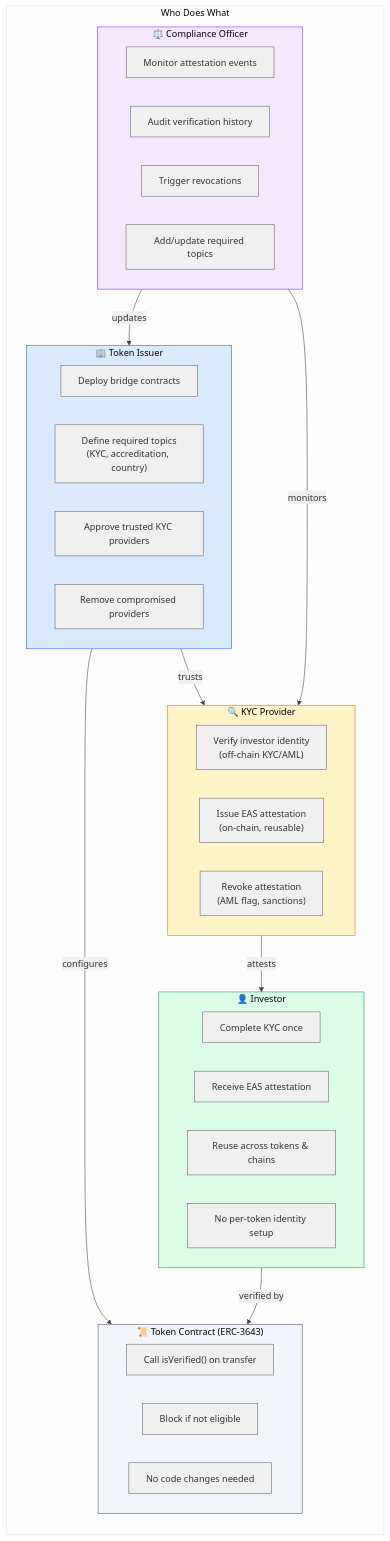
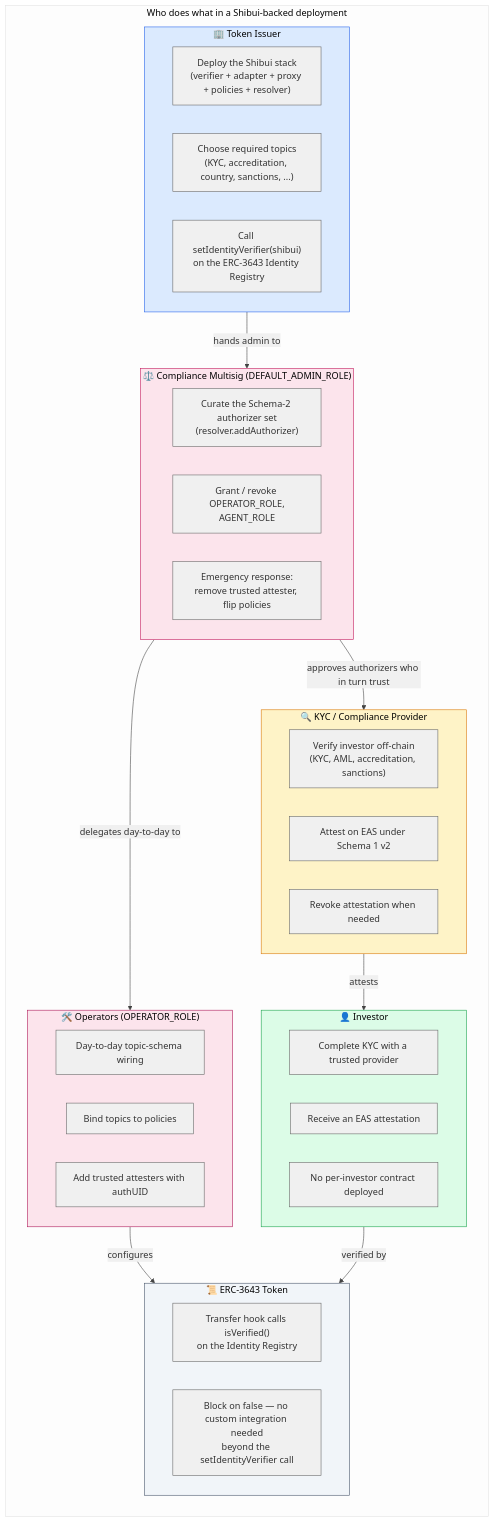
One commit to EntEthAlliance/rnd-rwa-erc3643-eas changed the diagram in diagrams/stakeholder-interactions.mmd. Above: the diagram before and after it, drawn with Mermaid. The commit also changed 12 other files, not shown here.

First line of the commit message:
docs(diagrams): refresh to match v0.4 architecture

```diff
--- a/diagrams/stakeholder-interactions.mmd
+++ b/diagrams/stakeholder-interactions.mmd
@@ -1,51 +1,54 @@
 %%{init: {'theme': 'base', 'themeVariables': { 'primaryColor': '#f0f0f0', 'primaryTextColor': '#333', 'primaryBorderColor': '#666', 'lineColor': '#444'}}}%%
 flowchart TB
-    subgraph Stakeholders["Who Does What"]
+    subgraph Stakeholders["Who does what in a Shibui-backed deployment"]
         direction TB
 
-        subgraph Issuer["🏢 Token Issuer"]
-            I1["Deploy bridge contracts"]
-            I2["Define required topics<br/>(KYC, accreditation, country)"]
-            I3["Approve trusted KYC providers"]
-            I4["Remove compromised providers"]
+        subgraph IssuerOrg["🏢 Token Issuer"]
+            I1["Deploy the Shibui stack<br/>(verifier + adapter + proxy + policies + resolver)"]
+            I2["Choose required topics<br/>(KYC, accreditation, country, sanctions, ...)"]
+            I3["Call setIdentityVerifier(shibui)<br/>on the ERC-3643 Identity Registry"]
         end
 
-        subgraph KYCProvider["🔍 KYC Provider"]
-            K1["Verify investor identity<br/>(off-chain KYC/AML)"]
-            K2["Issue EAS attestation<br/>(on-chain, reusable)"]
-            K3["Revoke attestation<br/>(AML flag, sanctions)"]
+        subgraph Multisig["⚖️ Compliance Multisig (DEFAULT_ADMIN_ROLE)"]
+            M1["Curate the Schema-2 authorizer set<br/>(resolver.addAuthorizer)"]
+            M2["Grant / revoke OPERATOR_ROLE,<br/>AGENT_ROLE"]
+            M3["Emergency response:<br/>remove trusted attester, flip policies"]
+        end
+
+        subgraph Operator["🛠️ Operators (OPERATOR_ROLE)"]
+            O1["Day-to-day topic-schema wiring"]
+            O2["Bind topics to policies"]
+            O3["Add trusted attesters with authUID"]
+        end
+
+        subgraph KYCProvider["🔍 KYC / Compliance Provider"]
+            K1["Verify investor off-chain<br/>(KYC, AML, accreditation, sanctions)"]
+            K2["Attest on EAS under Schema 1 v2"]
+            K3["Revoke attestation when needed"]
         end
 
         subgraph InvestorRole["👤 Investor"]
-            INV1["Complete KYC once"]
-            INV2["Receive EAS attestation"]
-            INV3["Reuse across tokens & chains"]
-            INV4["No per-token identity setup"]
+            INV1["Complete KYC with a trusted provider"]
+            INV2["Receive an EAS attestation"]
+            INV3["No per-investor contract deployed"]
         end
 
-        subgraph ComplianceOfficer["⚖️ Compliance Officer"]
-            C1["Monitor attestation events"]
-            C2["Audit verification history"]
-            C3["Trigger revocations"]
-            C4["Add/update required topics"]
-        end
-
-        subgraph TokenContract["📜 Token Contract (ERC-3643)"]
-            T1["Call isVerified() on transfer"]
-            T2["Block if not eligible"]
-            T3["No code changes needed"]
+        subgraph TokenContract["📜 ERC-3643 Token"]
+            T1["Transfer hook calls isVerified()<br/>on the Identity Registry"]
+            T2["Block on false — no custom integration needed<br/>beyond the setIdentityVerifier call"]
         end
     end
 
-    Issuer -->|"configures"| TokenContract
-    Issuer -->|"trusts"| KYCProvider
+    IssuerOrg -->|"hands admin to"| Multisig
+    Multisig -->|"delegates day-to-day to"| Operator
+    Operator -->|"configures"| TokenContract
+    Multisig -->|"approves authorizers who in turn trust"| KYCProvider
     KYCProvider -->|"attests"| InvestorRole
     InvestorRole -->|"verified by"| TokenContract
-    ComplianceOfficer -->|"monitors"| KYCProvider
-    ComplianceOfficer -->|"updates"| Issuer
 
-    style Issuer fill:#dbeafe,stroke:#2563eb
+    style IssuerOrg fill:#dbeafe,stroke:#2563eb
+    style Multisig fill:#fce4ec,stroke:#c2185b
+    style Operator fill:#fce4ec,stroke:#ad1457
     style KYCProvider fill:#fef3c7,stroke:#d97706
     style InvestorRole fill:#dcfce7,stroke:#16a34a
-    style ComplianceOfficer fill:#f3e8ff,stroke:#7c3aed
     style TokenContract fill:#f1f5f9,stroke:#475569
```
